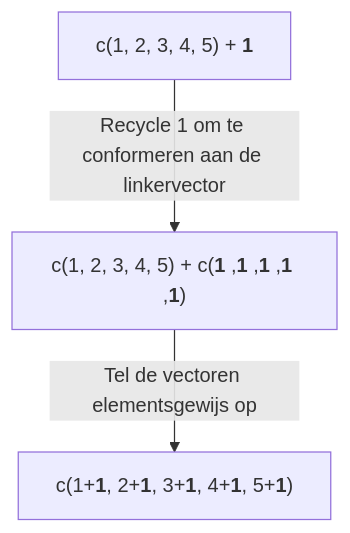
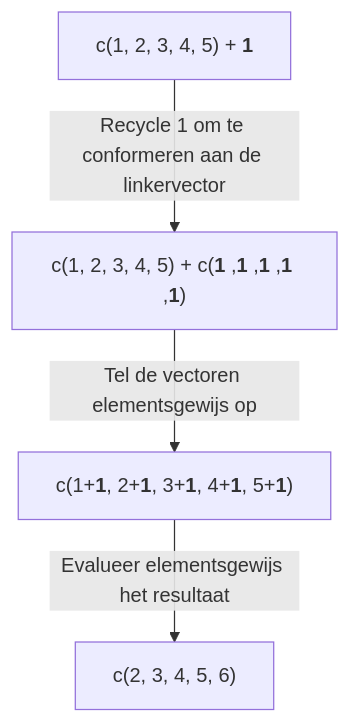
Before and after one commit to DataIMLabs/RShinyIntroduction: the first of 2 diagrams in mod1_datatypes.qmd, drawn with Mermaid. The commit also changed other lines of this file and 37 other files, not shown here.

````diff
--- a/mod1_datatypes.qmd
+++ b/mod1_datatypes.qmd
@@ -56,6 +46,7 @@
 ```{mermaid}
 flowchart TD
     A["c(1, 2, 3, 4, 5) + <b>1</b>"] --> |Recycle 1 om te conformeren aan de linkervector|B["c(1, 2, 3, 4, 5) + c(<b>1</b> ,<b>1</b> ,<b>1</b> ,<b>1</b> ,<b>1</b>)"]
     B --> |Tel de vectoren elementsgewijs op|C["c(1+<b>1</b>, 2+<b>1</b>, 3+<b>1</b>, 4+<b>1</b>, 5+<b>1</b>)"]
+    C --> |Evalueer elementsgewijs het resultaat|D["c(2, 3, 4, 5, 6)"]
         
 ```     
````
